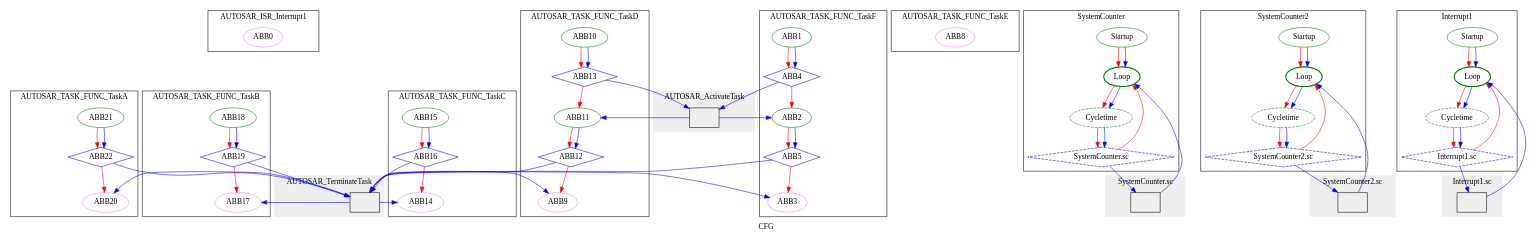
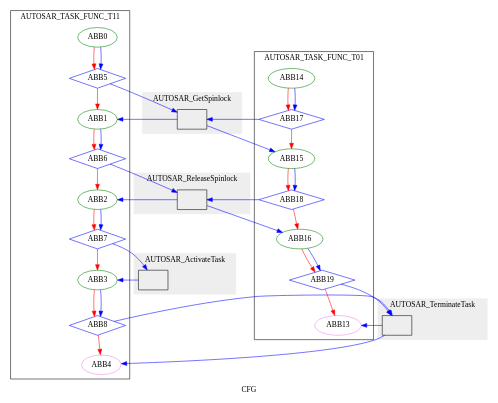
Before and after one commit to mouryagithub/AMSTE-MultiSSE: the diagram in parrot/cfg.dot, drawn with Graphviz. The commit also changed 1598 other files, not shown here.

First line of the commit message:
feat(ara): add core ARA MultiSSE engine, AUTOSAR models, lock elision pass, and benchmark suites

```diff
--- a/parrot/cfg.dot
+++ b/parrot/cfg.dot
@@ -1,134 +1,99 @@
 digraph G {
 label=CFG;
-subgraph cluster_AUTOSAR_ISR_Interrupt1 {
-label="AUTOSAR_ISR_Interrupt1";
-126 [label=ABB0, tooltip=<126 (entry,BB0,BB1)
+subgraph cluster_main {
+label=main;
+}
+subgraph cluster_AUTOSAR_GetCoreID {
+label="AUTOSAR_GetCoreID";
+}
+subgraph cluster_AUTOSAR_StartOS {
+label="AUTOSAR_StartOS";
+}
+subgraph cluster_AUTOSAR_TASK_FUNC_T11 {
+label="AUTOSAR_TASK_FUNC_T11";
+47 [label=ABB0, tooltip=<47 (entry)
+bcet/wcet: 0 / 0
+>, shape=oval, color=green];
+48 [label=ABB1, tooltip=<48 (BB7)
+bcet/wcet: 0 / 0
+>, shape=oval, color=green];
+49 [label=ABB2, tooltip=<49 (BB9)
+bcet/wcet: 0 / 0
+>, shape=oval, color=green];
+50 [label=ABB3, tooltip=<50 (BB11)
+bcet/wcet: 0 / 0
+>, shape=oval, color=green];
+51 [label=ABB4, tooltip=<51 (BB13)
 bcet/wcet: 0 / 0
 >, shape=oval, color=violet];
-}
-subgraph cluster_test_trace {
-label="test_trace";
-}
-subgraph cluster_AUTOSAR_TASK_FUNC_TaskA {
-label="AUTOSAR_TASK_FUNC_TaskA";
-146 [label=ABB20, tooltip=<146 (BB5)
-bcet/wcet: 0 / 0
->, shape=oval, color=violet];
-147 [label=ABB21, tooltip=<147 (BB2,BB3,entry)
-bcet/wcet: 0 / 0
->, shape=oval, color=green];
-148 [label=ABB22, tooltip=<148 (BB4)
+52 [label=ABB5, tooltip=<52 (BB6)
 bcet/wcet: 0 / 0
 >, shape=diamond, color=blue];
+53 [label=ABB6, tooltip=<53 (BB8)
+bcet/wcet: 0 / 0
+>, shape=diamond, color=blue];
+54 [label=ABB7, tooltip=<54 (BB10)
+bcet/wcet: 0 / 0
+>, shape=diamond, color=blue];
+55 [label=ABB8, tooltip=<55 (BB12)
+bcet/wcet: 0 / 0
+>, shape=diamond, color=blue];
+}
+subgraph cluster_AUTOSAR_GetSpinlock {
+label="AUTOSAR_GetSpinlock";
+style=filled;
+color="#eeeeee";
+56 [label="", tooltip=<56 (empty)
+bcet/wcet: 0 / 0
+>, shape=box];
+}
+subgraph cluster_AUTOSAR_ReleaseSpinlock {
+label="AUTOSAR_ReleaseSpinlock";
+style=filled;
+color="#eeeeee";
+57 [label="", tooltip=<57 (empty)
+bcet/wcet: 0 / 0
+>, shape=box];
+}
+subgraph cluster_AUTOSAR_ActivateTask {
+label="AUTOSAR_ActivateTask";
+style=filled;
+color="#eeeeee";
+58 [label="", tooltip=<58 (empty)
+bcet/wcet: 0 / 0
+>, shape=box];
 }
 subgraph cluster_AUTOSAR_TerminateTask {
 label="AUTOSAR_TerminateTask";
 style=filled;
 color="#eeeeee";
-133 [label="", tooltip=<133 (empty)
+59 [label="", tooltip=<59 (empty)
 bcet/wcet: 0 / 0
 >, shape=box];
 }
-subgraph cluster_AUTOSAR_TASK_FUNC_TaskB {
-label="AUTOSAR_TASK_FUNC_TaskB";
-143 [label=ABB17, tooltip=<143 (BB9)
+subgraph cluster_AUTOSAR_TASK_FUNC_T01 {
+label="AUTOSAR_TASK_FUNC_T01";
+60 [label=ABB13, tooltip=<60 (BB19)
 bcet/wcet: 0 / 0
 >, shape=oval, color=violet];
-144 [label=ABB18, tooltip=<144 (BB6,BB7,entry)
+61 [label=ABB14, tooltip=<61 (entry)
 bcet/wcet: 0 / 0
 >, shape=oval, color=green];
-145 [label=ABB19, tooltip=<145 (BB8)
+62 [label=ABB15, tooltip=<62 (BB15)
+bcet/wcet: 0 / 0
+>, shape=oval, color=green];
+63 [label=ABB16, tooltip=<63 (BB17)
+bcet/wcet: 0 / 0
+>, shape=oval, color=green];
+64 [label=ABB17, tooltip=<64 (BB14)
 bcet/wcet: 0 / 0
 >, shape=diamond, color=blue];
-}
-subgraph cluster_AUTOSAR_TASK_FUNC_TaskC {
-label="AUTOSAR_TASK_FUNC_TaskC";
-140 [label=ABB14, tooltip=<140 (BB13)
-bcet/wcet: 0 / 0
->, shape=oval, color=violet];
-141 [label=ABB15, tooltip=<141 (entry,BB10,BB11)
-bcet/wcet: 0 / 0
->, shape=oval, color=green];
-142 [label=ABB16, tooltip=<142 (BB12)
+65 [label=ABB18, tooltip=<65 (BB16)
 bcet/wcet: 0 / 0
 >, shape=diamond, color=blue];
-}
-subgraph cluster_AUTOSAR_TASK_FUNC_TaskD {
-label="AUTOSAR_TASK_FUNC_TaskD";
-135 [label=ABB9, tooltip=<135 (BB19)
-bcet/wcet: 0 / 0
->, shape=oval, color=violet];
-136 [label=ABB10, tooltip=<136 (entry,BB14,BB15)
-bcet/wcet: 0 / 0
->, shape=oval, color=green];
-137 [label=ABB11, tooltip=<137 (BB17)
-bcet/wcet: 0 / 0
->, shape=oval, color=green];
-138 [label=ABB12, tooltip=<138 (BB18)
+66 [label=ABB19, tooltip=<66 (BB18)
 bcet/wcet: 0 / 0
 >, shape=diamond, color=blue];
-139 [label=ABB13, tooltip=<139 (BB16)
-bcet/wcet: 0 / 0
->, shape=diamond, color=blue];
-}
-subgraph cluster_AUTOSAR_ActivateTask {
-label="AUTOSAR_ActivateTask";
-style=filled;
-color="#eeeeee";
-132 [label="", tooltip=<132 (empty)
-bcet/wcet: 0 / 0
->, shape=box];
-}
-subgraph cluster_AUTOSAR_TASK_FUNC_TaskE {
-label="AUTOSAR_TASK_FUNC_TaskE";
-134 [label=ABB8, tooltip=<134 (entry,BB20,BB21,BB22,BB23)
-bcet/wcet: 0 / 0
->, shape=oval, color=violet];
-}
-subgraph cluster_AUTOSAR_ShutdownAllCores {
-label="AUTOSAR_ShutdownAllCores";
-}
-subgraph cluster_AUTOSAR_TASK_FUNC_TaskF {
-label="AUTOSAR_TASK_FUNC_TaskF";
-127 [label=ABB1, tooltip=<127 (entry,BB24,BB25)
-bcet/wcet: 0 / 0
->, shape=oval, color=green];
-128 [label=ABB2, tooltip=<128 (BB27)
-bcet/wcet: 0 / 0
->, shape=oval, color=green];
-129 [label=ABB3, tooltip=<129 (BB29)
-bcet/wcet: 0 / 0
->, shape=oval, color=violet];
-130 [label=ABB4, tooltip=<130 (BB26)
-bcet/wcet: 0 / 0
->, shape=diamond, color=blue];
-131 [label=ABB5, tooltip=<131 (BB28)
-bcet/wcet: 0 / 0
->, shape=diamond, color=blue];
-}
-subgraph cluster__Z5startv {
-label="_Z5startv";
-}
-subgraph cluster_AUTOSAR_GetCoreID {
-label="AUTOSAR_GetCoreID";
-}
-subgraph cluster_AUTOSAR_StartCore {
-label="AUTOSAR_StartCore";
-}
-subgraph cluster_AUTOSAR_StartOS {
-label="AUTOSAR_StartOS";
-}
-subgraph cluster_main {
-label=main;
-}
-subgraph cluster___OS_HOOK_DEFINED_ShutdownHook {
-label="__OS_HOOK_DEFINED_ShutdownHook";
-}
-subgraph cluster_test_trace_assert {
-label="test_trace_assert";
-}
-subgraph cluster_test_finish {
-label="test_finish";
 }
 subgraph cluster_test_prepare {
 label="test_prepare";
@@ -136,135 +101,39 @@
 subgraph cluster___ara_fake_entry {
 label="__ara_fake_entry";
 }
-subgraph cluster_SystemCounter {
-label=SystemCounter;
-100 [label=Startup, tooltip=<100 (alarmtime_bb)
-bcet/wcet: 0 / 0
->, shape=oval, color=green];
-102 [label=Loop, tooltip=<102 ()
-bcet/wcet: 0 / 0
->, shape=oval, color=green, style=bold];
-103 [label=Cycletime, tooltip=<103 (alarmtime_bb)
-bcet/wcet: 0 / 0
->, shape=oval, color=green, style=dashed];
-105 [label="SystemCounter.sc", tooltip=<105 ()
-bcet/wcet: 0 / 0
->, shape=diamond, color=blue, style=dashed];
+47 -> 52 [color=red];
+47 -> 52 [color=blue];
+48 -> 53 [color=red];
+48 -> 53 [color=blue];
+49 -> 54 [color=red];
+49 -> 54 [color=blue];
+50 -> 55 [color=red];
+50 -> 55 [color=blue];
+52 -> 48 [color=red];
+52 -> 56 [color=blue];
+53 -> 49 [color=red];
+53 -> 57 [color=blue];
+54 -> 50 [color=red];
+54 -> 58 [color=blue];
+55 -> 51 [color=red];
+55 -> 59 [color=blue];
+56 -> 48 [color=blue];
+56 -> 62 [color=blue];
+57 -> 49 [color=blue];
+57 -> 63 [color=blue];
+58 -> 50 [color=blue];
+59 -> 51 [color=blue];
+59 -> 60 [color=blue];
+61 -> 64 [color=red];
+61 -> 64 [color=blue];
+62 -> 65 [color=red];
+62 -> 65 [color=blue];
+63 -> 66 [color=red];
+63 -> 66 [color=blue];
+64 -> 62 [color=red];
+64 -> 56 [color=blue];
+65 -> 63 [color=red];
+65 -> 57 [color=blue];
+66 -> 60 [color=red];
+66 -> 59 [color=blue];
 }
-subgraph cluster_SystemCounter_sc {
-label="SystemCounter.sc";
-style=filled;
-color="#eeeeee";
-107 [label="", tooltip=<107 ()
-bcet/wcet: 0 / 0
->, shape=box];
-}
-subgraph cluster_SystemCounter2 {
-label=SystemCounter2;
-109 [label=Startup, tooltip=<109 (alarmtime_bb)
-bcet/wcet: 0 / 0
->, shape=oval, color=green];
-111 [label=Loop, tooltip=<111 ()
-bcet/wcet: 0 / 0
->, shape=oval, color=green, style=bold];
-112 [label=Cycletime, tooltip=<112 (alarmtime_bb)
-bcet/wcet: 0 / 0
->, shape=oval, color=green, style=dashed];
-114 [label="SystemCounter2.sc", tooltip=<114 ()
-bcet/wcet: 0 / 0
->, shape=diamond, color=blue, style=dashed];
-}
-subgraph cluster_SystemCounter2_sc {
-label="SystemCounter2.sc";
-style=filled;
-color="#eeeeee";
-116 [label="", tooltip=<116 ()
-bcet/wcet: 0 / 0
->, shape=box];
-}
-subgraph cluster_Interrupt1 {
-label=Interrupt1;
-118 [label=Startup, tooltip=<118 (alarmtime_bb)
-bcet/wcet: 0 / 0
->, shape=oval, color=green];
-120 [label=Loop, tooltip=<120 ()
-bcet/wcet: 0 / 0
->, shape=oval, color=green, style=bold];
-121 [label=Cycletime, tooltip=<121 (alarmtime_bb)
-bcet/wcet: 0 / 0
->, shape=oval, color=green, style=dashed];
-123 [label="Interrupt1.sc", tooltip=<123 ()
-bcet/wcet: 0 / 0
->, shape=diamond, color=blue, style=dashed];
-}
-subgraph cluster_Interrupt1_sc {
-label="Interrupt1.sc";
-style=filled;
-color="#eeeeee";
-125 [label="", tooltip=<125 ()
-bcet/wcet: 0 / 0
->, shape=box];
-}
-100 -> 102 [color=red];
-100 -> 102 [color=blue];
-102 -> 103 [color=red];
-102 -> 103 [color=blue];
-103 -> 105 [color=red];
-103 -> 105 [color=blue];
-105 -> 102 [color=red];
-105 -> 107 [color=blue];
-107 -> 102 [color=blue];
-109 -> 111 [color=red];
-109 -> 111 [color=blue];
-111 -> 112 [color=red];
-111 -> 112 [color=blue];
-112 -> 114 [color=red];
-112 -> 114 [color=blue];
-114 -> 111 [color=red];
-114 -> 116 [color=blue];
-116 -> 111 [color=blue];
-118 -> 120 [color=red];
-118 -> 120 [color=blue];
-120 -> 121 [color=red];
-120 -> 121 [color=blue];
-121 -> 123 [color=red];
-121 -> 123 [color=blue];
-123 -> 120 [color=red];
-123 -> 125 [color=blue];
-125 -> 120 [color=blue];
-127 -> 130 [color=red];
-127 -> 130 [color=blue];
-128 -> 131 [color=red];
-128 -> 131 [color=blue];
-130 -> 128 [color=red];
-130 -> 132 [color=blue];
-131 -> 129 [color=red];
-131 -> 133 [color=blue];
-132 -> 128 [color=blue];
-132 -> 137 [color=blue];
-133 -> 129 [color=blue];
-133 -> 135 [color=blue];
-133 -> 140 [color=blue];
-133 -> 143 [color=blue];
-133 -> 146 [color=blue];
-136 -> 139 [color=red];
-136 -> 139 [color=blue];
-137 -> 138 [color=red];
-137 -> 138 [color=blue];
-138 -> 135 [color=red];
-138 -> 133 [color=blue];
-139 -> 137 [color=red];
-139 -> 132 [color=blue];
-141 -> 142 [color=red];
-141 -> 142 [color=blue];
-142 -> 140 [color=red];
-142 -> 133 [color=blue];
-144 -> 145 [color=red];
-144 -> 145 [color=blue];
-145 -> 143 [color=red];
-145 -> 133 [color=blue];
-147 -> 148 [color=red];
-147 -> 148 [color=blue];
-148 -> 146 [color=red];
-148 -> 133 [color=blue];
-}
```
